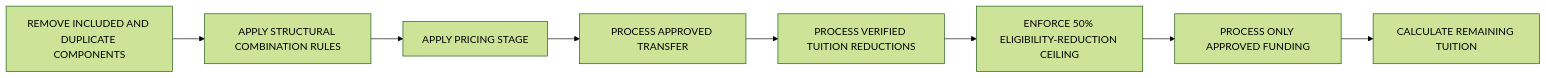
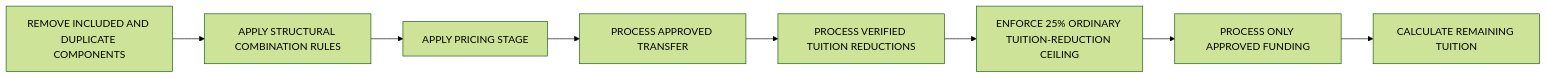
One commit to RIAHPathway/Website changed the tenth of 22 diagrams in RIAH-Pathway-Pricing-Engine.md. Above: the diagram before and after it, drawn with Mermaid (forest theme). The commit also changed other lines of this file and 9 other files, not shown here.

First line of the commit message:
Synchronize pricing rules and dependent wireframes

````diff
--- a/RIAH-Pathway-Pricing-Engine.md
+++ b/RIAH-Pathway-Pricing-Engine.md
@@ -1740,4 +1737,4 @@
 ```mermaid
 flowchart LR
-A["REMOVE INCLUDED AND DUPLICATE COMPONENTS"] --> B["APPLY STRUCTURAL COMBINATION RULES"] --> C["APPLY PRICING STAGE"] --> D["PROCESS APPROVED TRANSFER"] --> E["PROCESS VERIFIED TUITION REDUCTIONS"] --> F["ENFORCE 50% ELIGIBILITY-REDUCTION CEILING"] --> G["PROCESS ONLY APPROVED FUNDING"] --> H["CALCULATE REMAINING TUITION"]
+A["REMOVE INCLUDED AND DUPLICATE COMPONENTS"] --> B["APPLY STRUCTURAL COMBINATION RULES"] --> C["APPLY PRICING STAGE"] --> D["PROCESS APPROVED TRANSFER"] --> E["PROCESS VERIFIED TUITION REDUCTIONS"] --> F["ENFORCE 25% ORDINARY TUITION-REDUCTION CEILING"] --> G["PROCESS ONLY APPROVED FUNDING"] --> H["CALCULATE REMAINING TUITION"]
 ```
````
